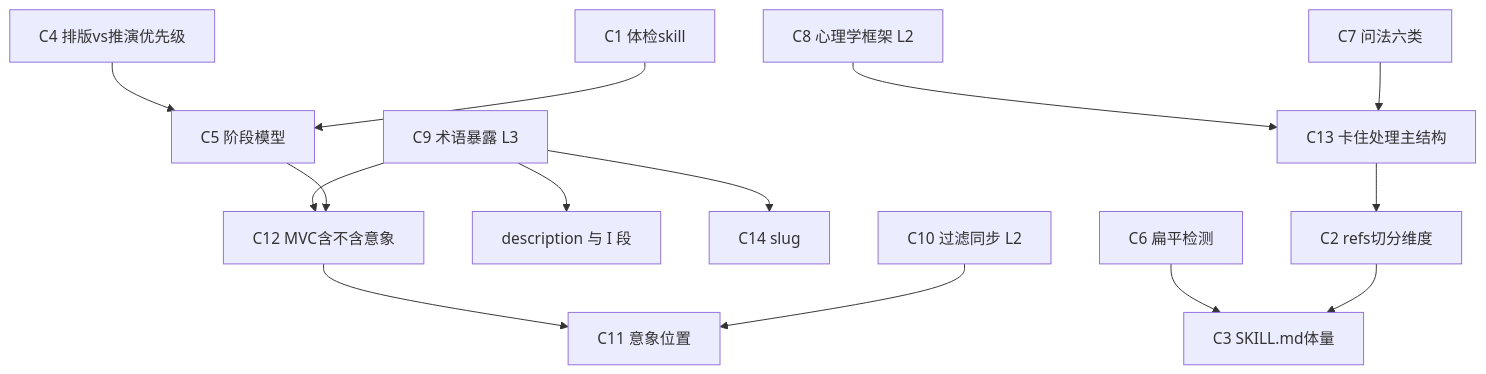
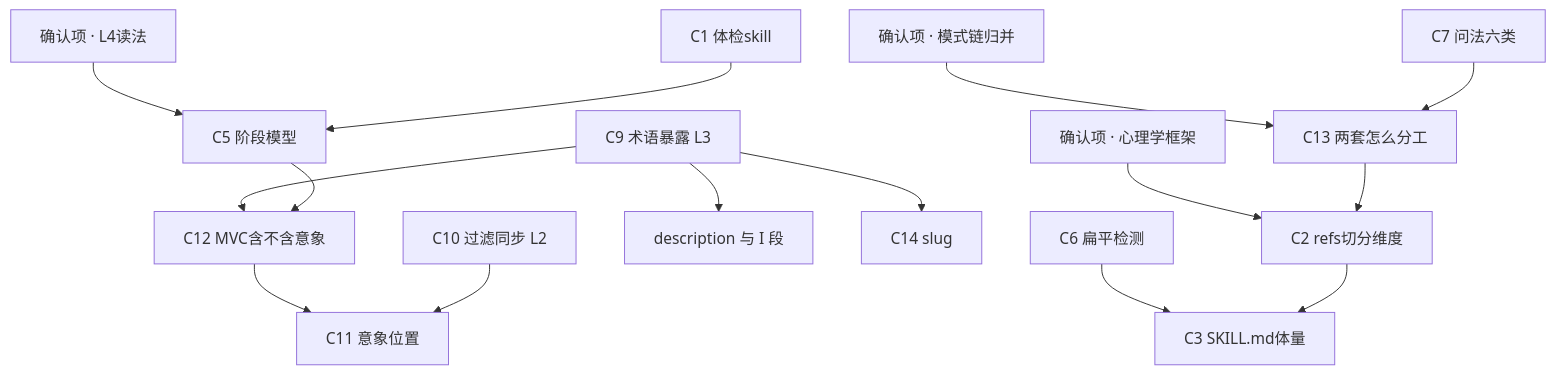
One commit to dwf89044485/sillytavern-ops changed the diagram in 三线碰撞/04_冲突拍板单.md. Above: the diagram before and after it, drawn with Mermaid. The commit also changed other lines of this file and 6 other files, not shown here.

````diff
--- a/三线碰撞/04_冲突拍板单.md
+++ b/三线碰撞/04_冲突拍板单.md
@@ -437,16 +505,17 @@
 ```mermaid
 graph TD
+    K4["确认项 · L4读法"] --> C5["C5 阶段模型"]
+    K8["确认项 · 心理学框架"] --> C2["C2 refs切分维度"]
+    K13["确认项 · 模式链归并"] --> C13["C13 两套怎么分工"]
     C9["C9 术语暴露 L3"] --> C12["C12 MVC含不含意象"]
     C9 --> DESC["description 与 I 段"]
     C9 --> C14["C14 slug"]
-    C4["C4 排版vs推演优先级"] --> C5["C5 阶段模型"]
     C5 --> C12
     C12 --> C11["C11 意象位置"]
-    C8["C8 心理学框架 L2"] --> C13["C13 卡住处理主结构"]
     C7["C7 问法六类"] --> C13
-    C13 --> C2["C2 refs切分维度"]
+    C13 --> C2
     C6["C6 扁平检测"] --> C3["C3 SKILL.md体量"]
     C2 --> C3
     C10["C10 过滤同步 L2"] --> C11
     C1["C1 体检skill"] --> C5
 ```
````
